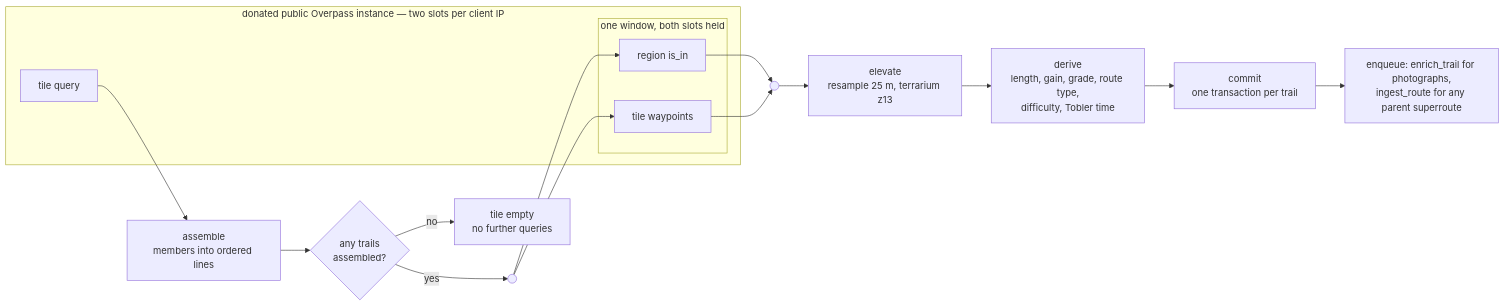
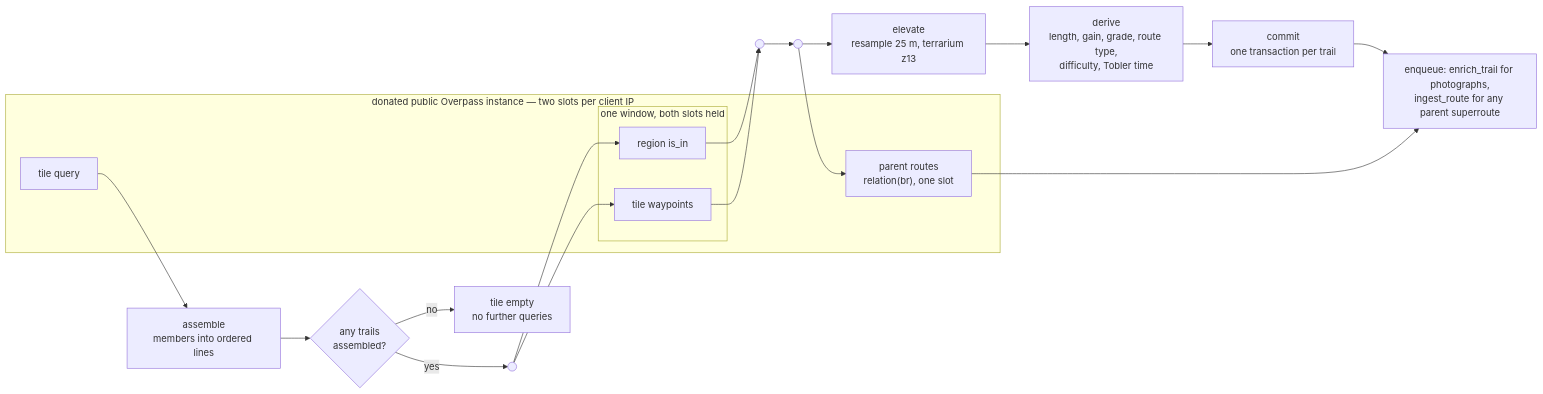
Before and after one commit to mbahgatTech/switchback: the third of 14 diagrams in docs/architecture.md, drawn with Mermaid. The commit also changed other lines of this file and 9 other files, not shown here.

````diff
--- a/docs/architecture.md
+++ b/docs/architecture.md
@@ -88,22 +89,26 @@
 ```mermaid
 flowchart LR
   subgraph OSM["donated public Overpass instance — two slots per client IP"]
     A["tile query"]
     subgraph W["one window, both slots held"]
       T1["region is_in"]
       T2["tile waypoints"]
     end
+    P["parent routes<br/>relation(br), one slot"]
   end
   A --> B["assemble<br/>members into ordered lines"]
   B --> X{"any trails<br/>assembled?"}
   X -- no --> Z["tile empty<br/>no further queries"]
   X -- yes --> F(( ))
   F --> T1
   F --> T2
   T1 --> J(( ))
   T2 --> J(( ))
-  J --> C["elevate<br/>resample 25 m, terrarium z13"]
+  J --> K(( ))
+  K --> P
+  K --> C["elevate<br/>resample 25 m, terrarium z13"]
   C --> D["derive<br/>length, gain, grade, route type,<br/>difficulty, Tobler time"]
   D --> E["commit<br/>one transaction per trail"]
   E --> G["enqueue: enrich_trail for photographs,<br/>ingest_route for any parent superroute"]
+  P --> G
 ```
````
